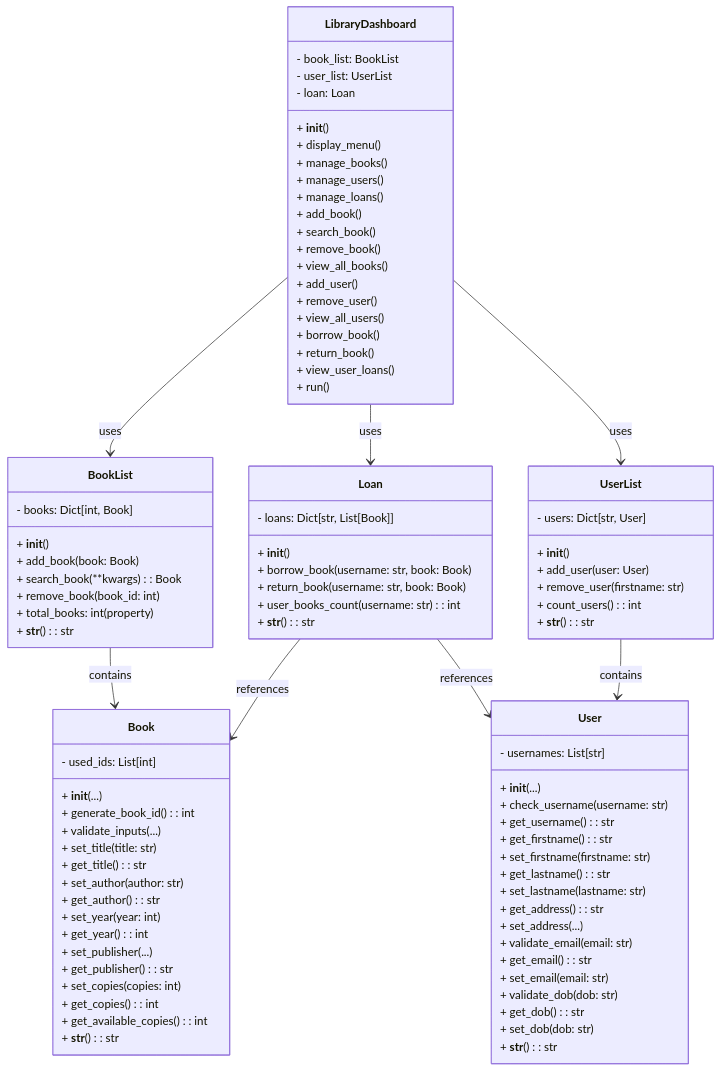
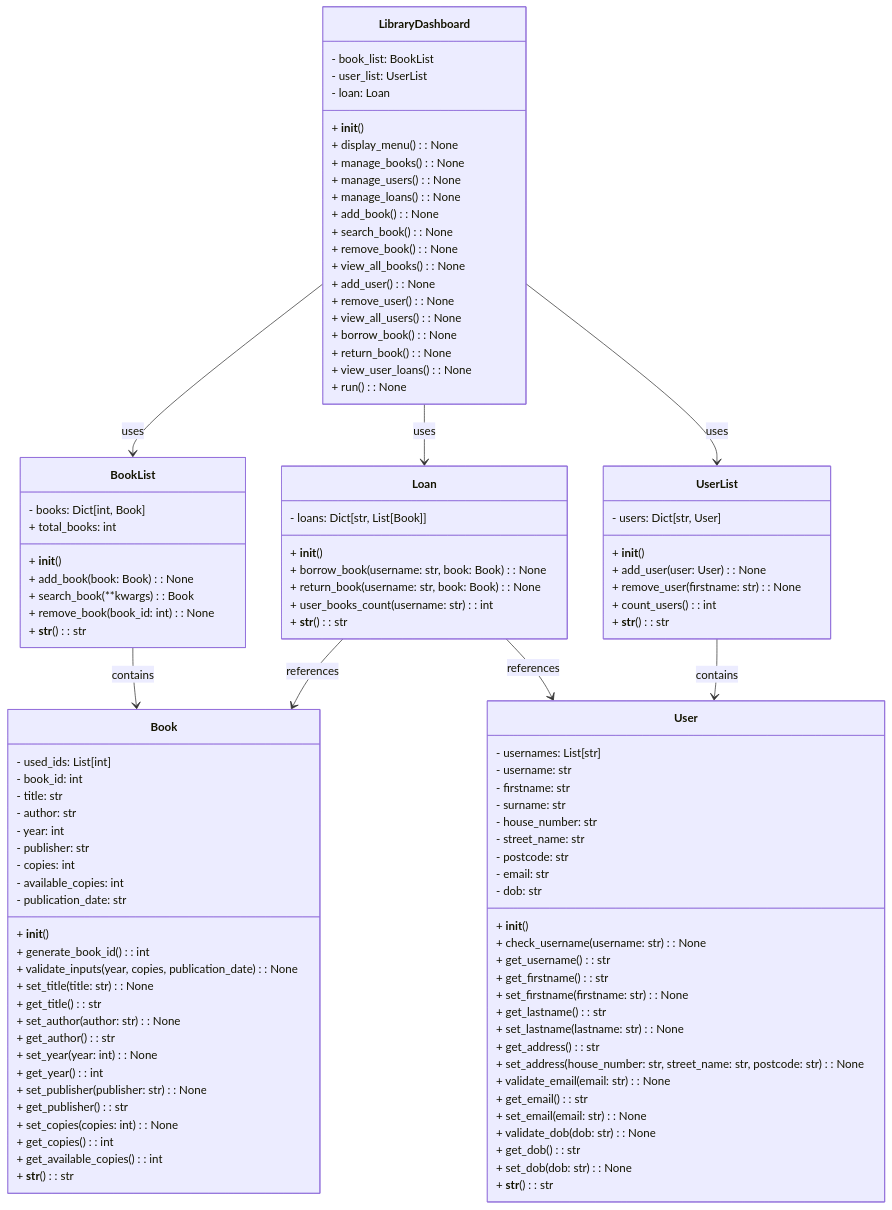
The diagram in class_tables.md (tomdu3/library), drawn with Mermaid before and after one commit. The commit also changed other lines of this file, not shown here.

```diff
--- a/class_tables.md
+++ b/class_tables.md
@@ -115,18 +137,26 @@
 classDiagram
     class Book {
         - used_ids: List[int]
-        + __init__(...)
+        - book_id: int
+        - title: str
+        - author: str
+        - year: int
+        - publisher: str
+        - copies: int
+        - available_copies: int
+        - publication_date: str
+        + __init__()
         + generate_book_id(): int
-        + validate_inputs(...)
-        + set_title(title: str)
+        + validate_inputs(year, copies, publication_date): None
+        + set_title(title: str): None
         + get_title(): str
-        + set_author(author: str)
+        + set_author(author: str): None
         + get_author(): str
-        + set_year(year: int)
+        + set_year(year: int): None
         + get_year(): int
-        + set_publisher(...)
+        + set_publisher(publisher: str): None
         + get_publisher(): str
-        + set_copies(copies: int)
+        + set_copies(copies: int): None
         + get_copies(): int
         + get_available_copies(): int
         + __str__(): str
@@ -135,38 +165,46 @@
     class BookList {
         - books: Dict[int, Book]
         + __init__()
-        + add_book(book: Book)
+        + add_book(book: Book): None
         + search_book(**kwargs): Book
-        + remove_book(book_id: int)
-        + total_books: int (property)
+        + remove_book(book_id: int): None
+        + total_books: int
         + __str__(): str
     }
 
     class User {
         - usernames: List[str]
-        + __init__(...)
-        + check_username(username: str)
+        - username: str
+        - firstname: str
+        - surname: str
+        - house_number: str
+        - street_name: str
+        - postcode: str
+        - email: str
+        - dob: str
+        + __init__()
+        + check_username(username: str): None
         + get_username(): str
         + get_firstname(): str
-        + set_firstname(firstname: str)
+        + set_firstname(firstname: str): None
         + get_lastname(): str
-        + set_lastname(lastname: str)
+        + set_lastname(lastname: str): None
         + get_address(): str
-        + set_address(...)
-        + validate_email(email: str)
+        + set_address(house_number: str, street_name: str, postcode: str): None
+        + validate_email(email: str): None
         + get_email(): str
-        + set_email(email: str)
-        + validate_dob(dob: str)
+        + set_email(email: str): None
+        + validate_dob(dob: str): None
         + get_dob(): str
-        + set_dob(dob: str)
+        + set_dob(dob: str): None
         + __str__(): str
     }
 
     class UserList {
         - users: Dict[str, User]
         + __init__()
-        + add_user(user: User)
-        + remove_user(firstname: str)
+        + add_user(user: User): None
+        + remove_user(firstname: str): None
         + count_users(): int
         + __str__(): str
     }
@@ -174,8 +212,8 @@
     class Loan {
         - loans: Dict[str, List[Book]]
         + __init__()
-        + borrow_book(username: str, book: Book)
-        + return_book(username: str, book: Book)
+        + borrow_book(username: str, book: Book): None
+        + return_book(username: str, book: Book): None
         + user_books_count(username: str): int
         + __str__(): str
     }
@@ -185,21 +223,21 @@
         - user_list: UserList
         - loan: Loan
         + __init__()
-        + display_menu()
-        + manage_books()
-        + manage_users()
-        + manage_loans()
-        + add_book()
-        + search_book()
-        + remove_book()
-        + view_all_books()
-        + add_user()
-        + remove_user()
-        + view_all_users()
-        + borrow_book()
-        + return_book()
-        + view_user_loans()
-        + run()
+        + display_menu(): None
+        + manage_books(): None
+        + manage_users(): None
+        + manage_loans(): None
+        + add_book(): None
+        + search_book(): None
+        + remove_book(): None
+        + view_all_books(): None
+        + add_user(): None
+        + remove_user(): None
+        + view_all_users(): None
+        + borrow_book(): None
+        + return_book(): None
+        + view_user_loans(): None
+        + run(): None
     }
 
     LibraryDashboard --> BookList : uses
```
